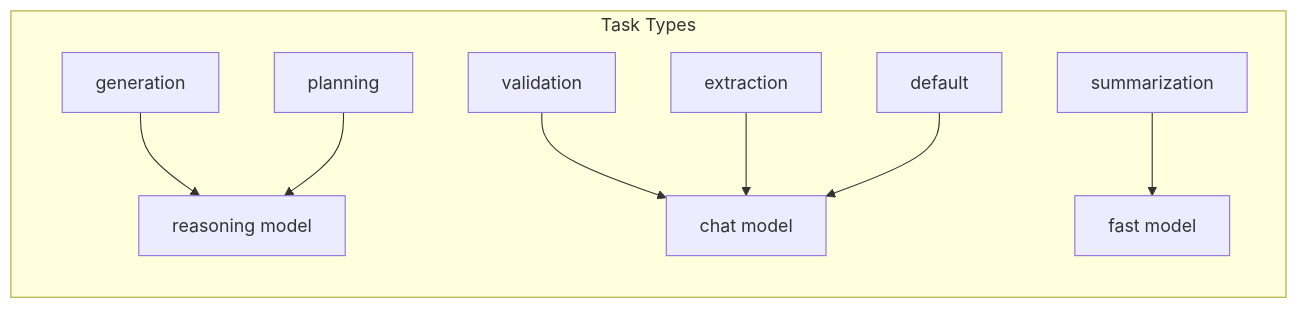
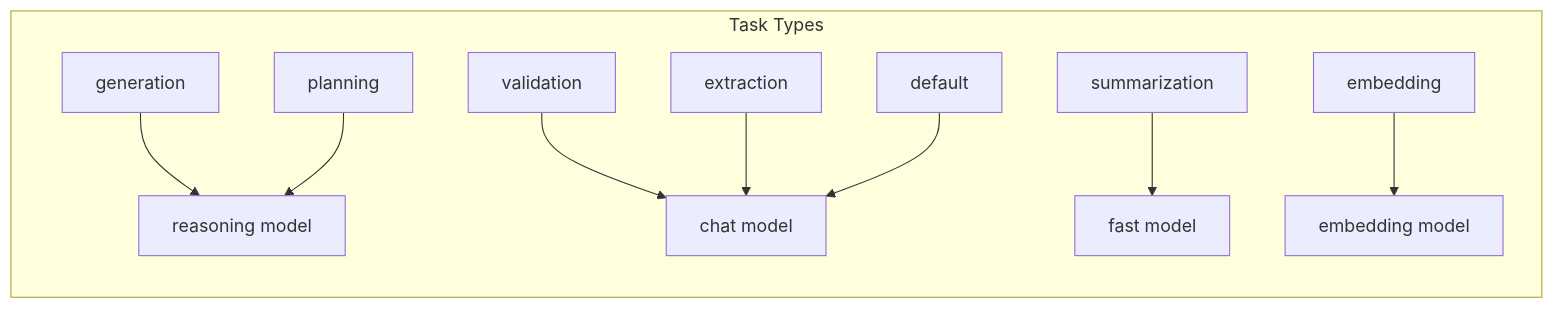
Before and after one commit to liwonder/NARRITIVE_OS: the seventh of 9 diagrams in .qoder/repowiki/en/content/AI Agent System/Memory Extractor Agent.md, drawn with Mermaid. The commit also changed other lines of this file and 78 other files, not shown here.

````diff
--- a/.qoder/repowiki/en/content/AI Agent System/Memory Extractor Agent.md
+++ b/.qoder/repowiki/en/content/AI Agent System/Memory Extractor Agent.md
@@ -321,11 +330,12 @@
 ```mermaid
 graph LR
 subgraph "Task Types"
 Generation["generation"] --> Reasoning["reasoning model"]
 Planning["planning"] --> Reasoning
 Validation["validation"] --> Chat["chat model"]
 Summarization["summarization"] --> Fast["fast model"]
 Extraction["extraction"] --> Chat
+Embedding["embedding"] --> EmbeddingModel["embedding model"]
 Default["default"] --> Chat
 end
 ```
````
